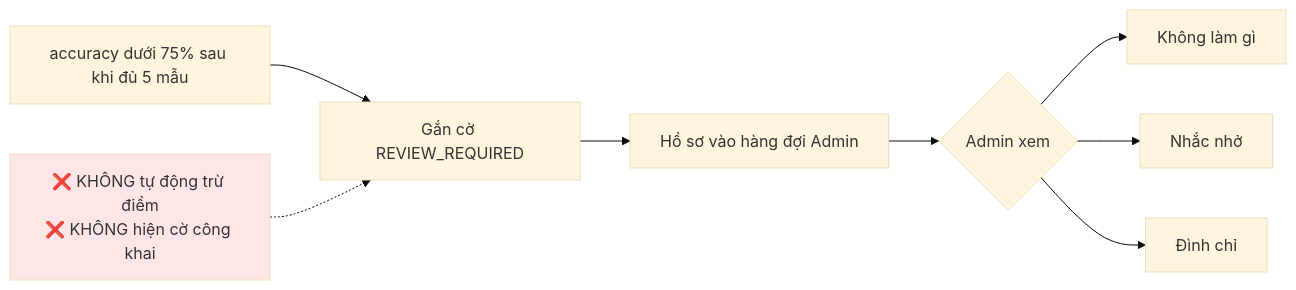
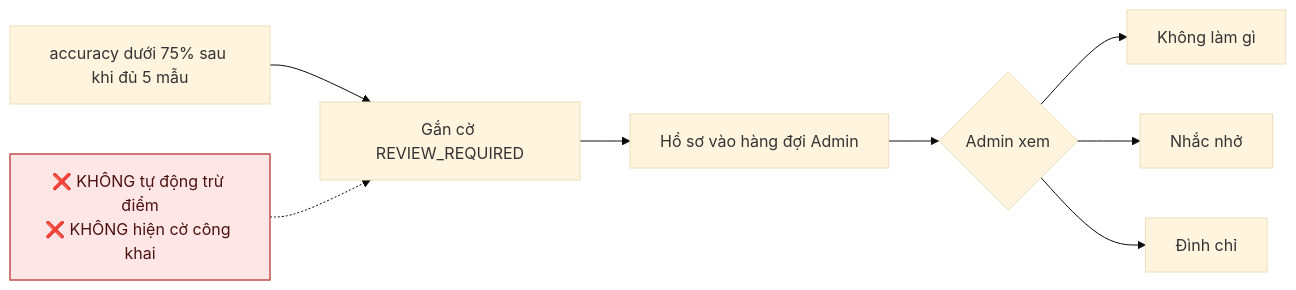
Before and after one commit to fdshn/trueheart: the fourth of 5 diagrams in docs/diagram/13-review.md, drawn with Mermaid (base theme). The commit also changed other lines of this file and 30 other files, not shown here.

First line of the commit message:
docs(diagram): chữ trong khối tô màu đọc được ở cả giao diện sáng và tối

````diff
--- a/docs/diagram/13-review.md
+++ b/docs/diagram/13-review.md
@@ -84,13 +84,13 @@
 ```mermaid
 flowchart LR
     A["accuracy dưới 75% sau khi đủ 5 mẫu"] --> B[Gắn cờ REVIEW_REQUIRED]
     B --> C[Hồ sơ vào hàng đợi Admin]
     C --> D{Admin xem}
     D --> E[Không làm gì]
     D --> F[Nhắc nhở]
     D --> G[Đình chỉ]
 
     H["❌ KHÔNG tự động trừ điểm<br/>❌ KHÔNG hiện cờ công khai"] -.-> B
 
-    style H fill:#ffe6e6
+    style H fill:#ffe6e6,stroke:#c0504d,stroke-width:1.5px,color:#4a1210
 ```
````
